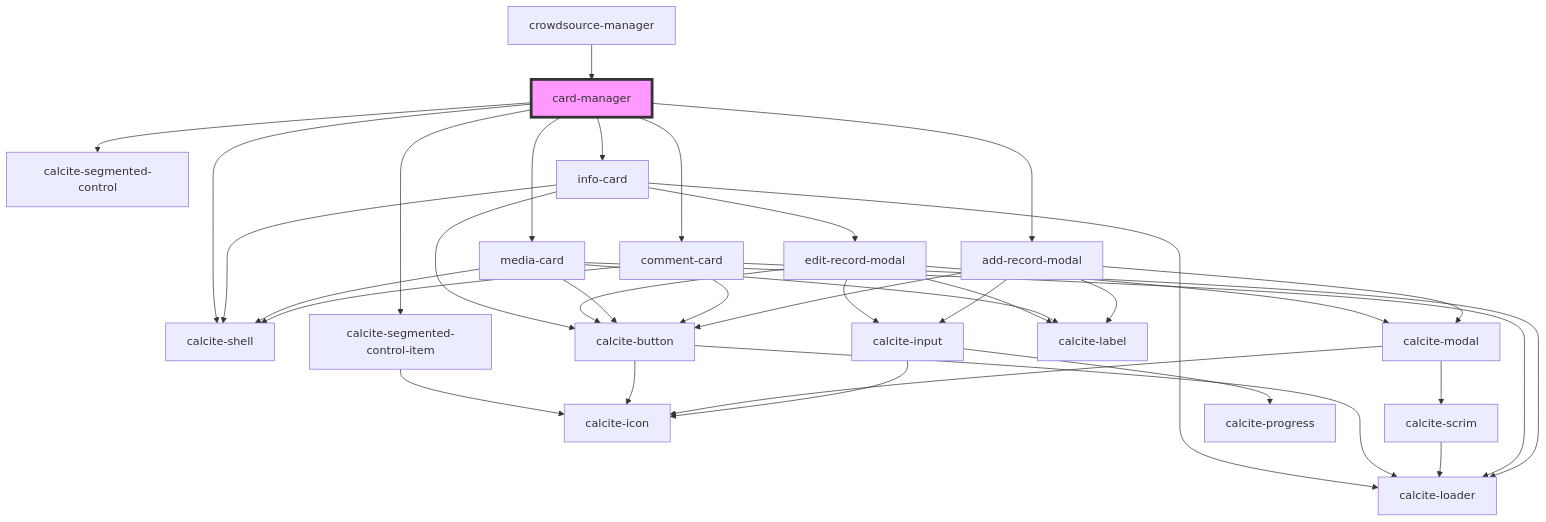
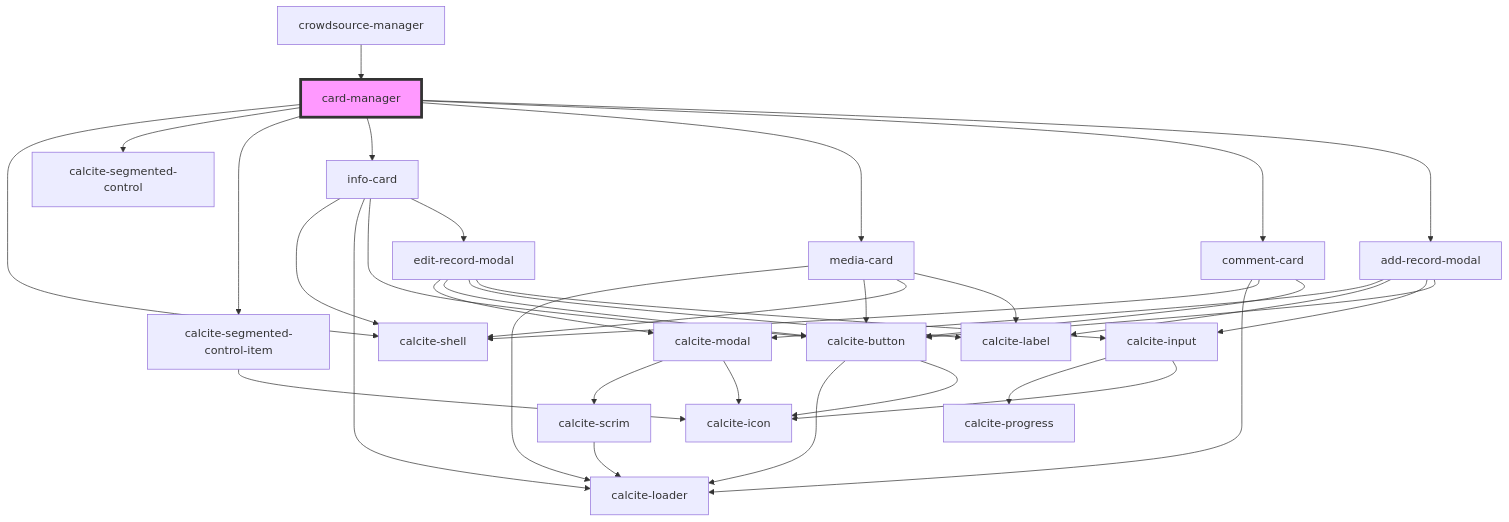
One commit to Esri/solutions-components changed the diagram in src/components/card-manager/readme.md. Above: the diagram before and after it, drawn with Mermaid. The commit also changed other lines of this file and 9 other files, not shown here.

````diff
--- a/src/components/card-manager/readme.md
+++ b/src/components/card-manager/readme.md
@@ -35,39 +35,39 @@
 ```mermaid
 graph TD;
   card-manager --> calcite-shell
   card-manager --> calcite-segmented-control
   card-manager --> calcite-segmented-control-item
   card-manager --> info-card
   card-manager --> media-card
   card-manager --> comment-card
   card-manager --> add-record-modal
   calcite-segmented-control-item --> calcite-icon
   info-card --> calcite-shell
   info-card --> calcite-loader
   info-card --> calcite-button
   info-card --> edit-record-modal
   calcite-button --> calcite-loader
   calcite-button --> calcite-icon
   edit-record-modal --> calcite-modal
+  edit-record-modal --> calcite-button
   edit-record-modal --> calcite-label
-  edit-record-modal --> calcite-button
   edit-record-modal --> calcite-input
   calcite-modal --> calcite-scrim
   calcite-modal --> calcite-icon
   calcite-scrim --> calcite-loader
   calcite-input --> calcite-progress
   calcite-input --> calcite-icon
   media-card --> calcite-loader
   media-card --> calcite-button
   media-card --> calcite-shell
   media-card --> calcite-label
   comment-card --> calcite-loader
   comment-card --> calcite-shell
   comment-card --> calcite-button
   add-record-modal --> calcite-modal
   add-record-modal --> calcite-label
   add-record-modal --> calcite-input
   add-record-modal --> calcite-button
   crowdsource-manager --> card-manager
   style card-manager fill:#f9f,stroke:#333,stroke-width:4px
 ```
````
